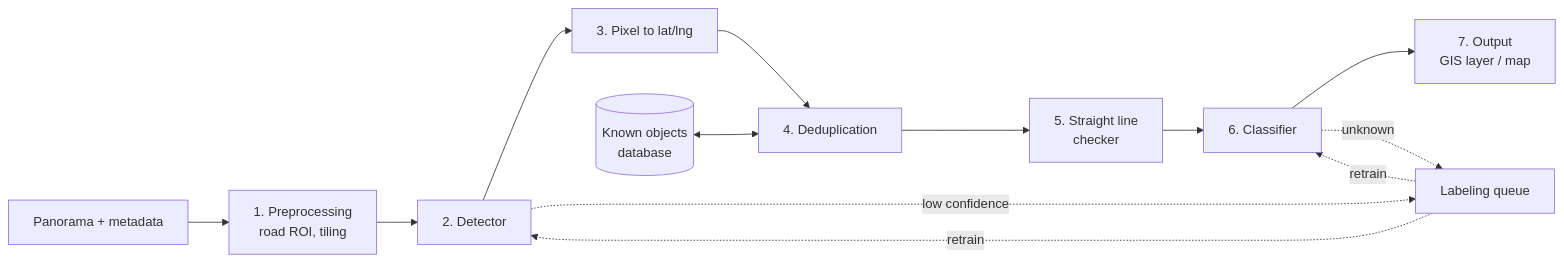
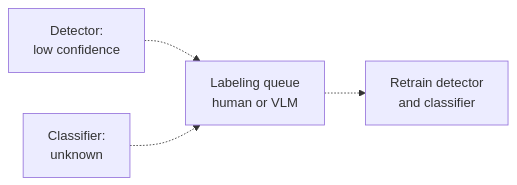
One commit to anatshk/exodigo-cv-interview changed the diagram in WRITEUP.md. Above: the diagram before and after it, drawn with Mermaid. The commit also changed other lines of this file and 3 other files, not shown here.

First line of the commit message:
docs: system pipeline diagram as SVG

````diff
--- a/WRITEUP.md
+++ b/WRITEUP.md
@@ -21,15 +118,6 @@
 ```mermaid
 flowchart LR
-    A[Panorama + metadata] --> B[1. Preprocessing<br/>road ROI, tiling]
-    B --> C[2. Detector]
-    C --> D[3. Pixel to lat/lng]
-    D --> E[4. Deduplication]
-    K[(Known objects<br/>database)] <--> E
-    E --> F[5. Straight line<br/>checker]
-    F --> G[6. Classifier]
-    G --> H[7. Output<br/>GIS layer / map]
-    C -. low confidence .-> L[Labeling queue]
-    G -. unknown .-> L
-    L -. retrain .-> C
-    L -. retrain .-> G
+    C[Detector:<br/>low confidence] -.-> L[Labeling queue<br/>human or VLM]
+    G[Classifier:<br/>unknown] -.-> L
+    L -.-> R[Retrain detector<br/>and classifier]
 ```
````
